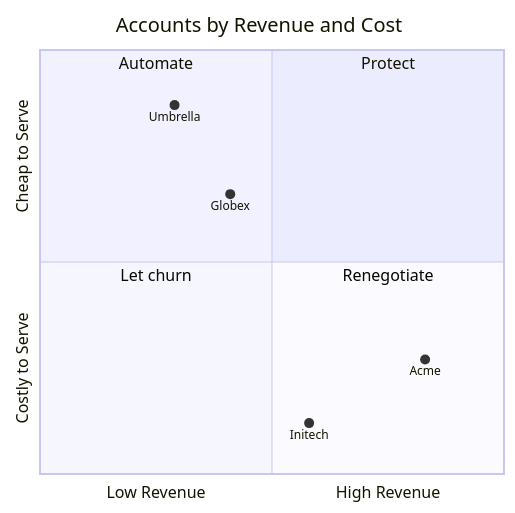
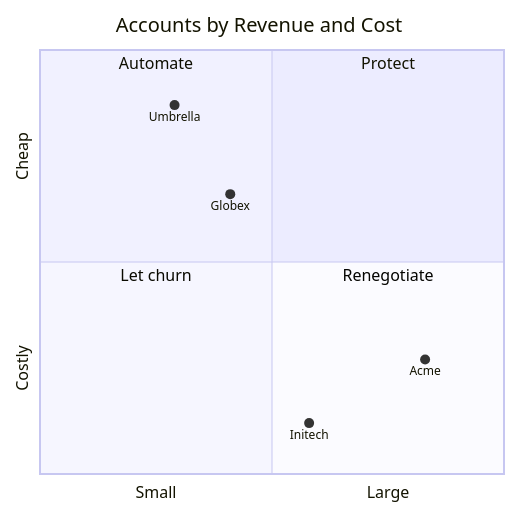
The fourth of 4 diagrams in .claude/skills/mermaid-styles/skills/explainer-diagrams/ref/patterns/quadrant.md (MacHu-GWU/shsk_mermaid_styles-project), drawn with Mermaid before and after one commit. The commit also changed other lines of this file, not shown here.

````diff
--- a/.claude/skills/mermaid-styles/skills/explainer-diagrams/ref/patterns/quadrant.md
+++ b/.claude/skills/mermaid-styles/skills/explainer-diagrams/ref/patterns/quadrant.md
@@ -245,14 +250,14 @@
 ```mermaid
 quadrantChart
     title Accounts by Revenue and Cost
-    x-axis Low Revenue --> High Revenue
-    y-axis Costly to Serve --> Cheap to Serve
+    x-axis Small --> Large
+    y-axis Costly --> Cheap
     quadrant-1 Protect
     quadrant-2 Automate
     quadrant-3 Let churn
     quadrant-4 Renegotiate
     Acme: [0.83, 0.27]
     Globex: [0.41, 0.66]
     Initech: [0.58, 0.12]
     Umbrella: [0.29, 0.87]
 ```
````
